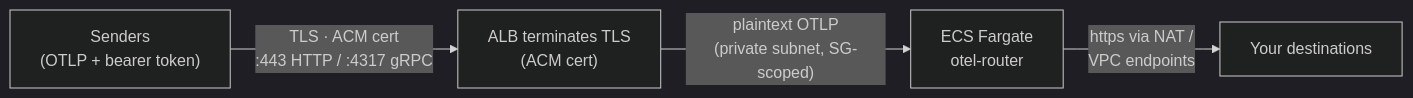
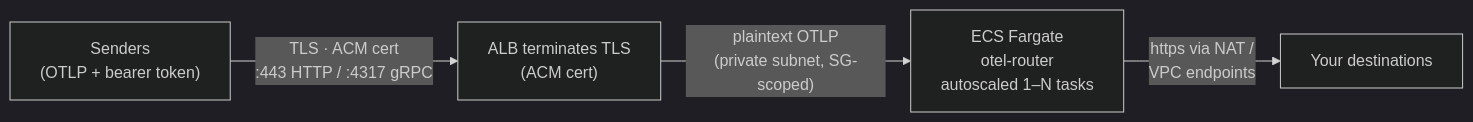
Before and after one commit to edmerrett/otel-router: the first of 2 diagrams in terraform/README.md, drawn with Mermaid (dark theme). The commit also changed other lines of this file and 22 other files, not shown here.

````diff
--- a/terraform/README.md
+++ b/terraform/README.md
@@ -50,6 +63,6 @@
 ```mermaid
 flowchart LR
     S["Senders<br/>(OTLP + bearer token)"] -- "TLS · ACM cert<br/>:443 HTTP / :4317 gRPC" --> A["ALB terminates TLS<br/>(ACM cert)"]
-    A -- "plaintext OTLP<br/>(private subnet, SG-scoped)" --> R["ECS Fargate<br/>otel-router"]
+    A -- "plaintext OTLP<br/>(private subnet, SG-scoped)" --> R["ECS Fargate<br/>otel-router<br/>autoscaled 1–N tasks"]
     R -- "https via NAT /<br/>VPC endpoints" --> D["Your destinations"]
 ```
````
